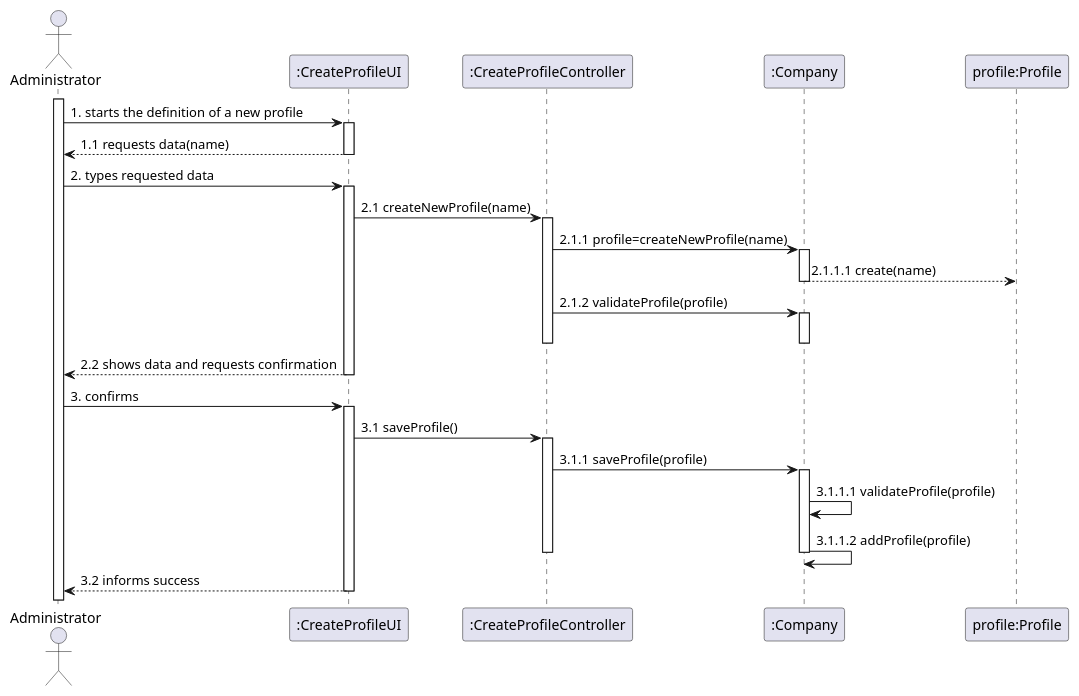
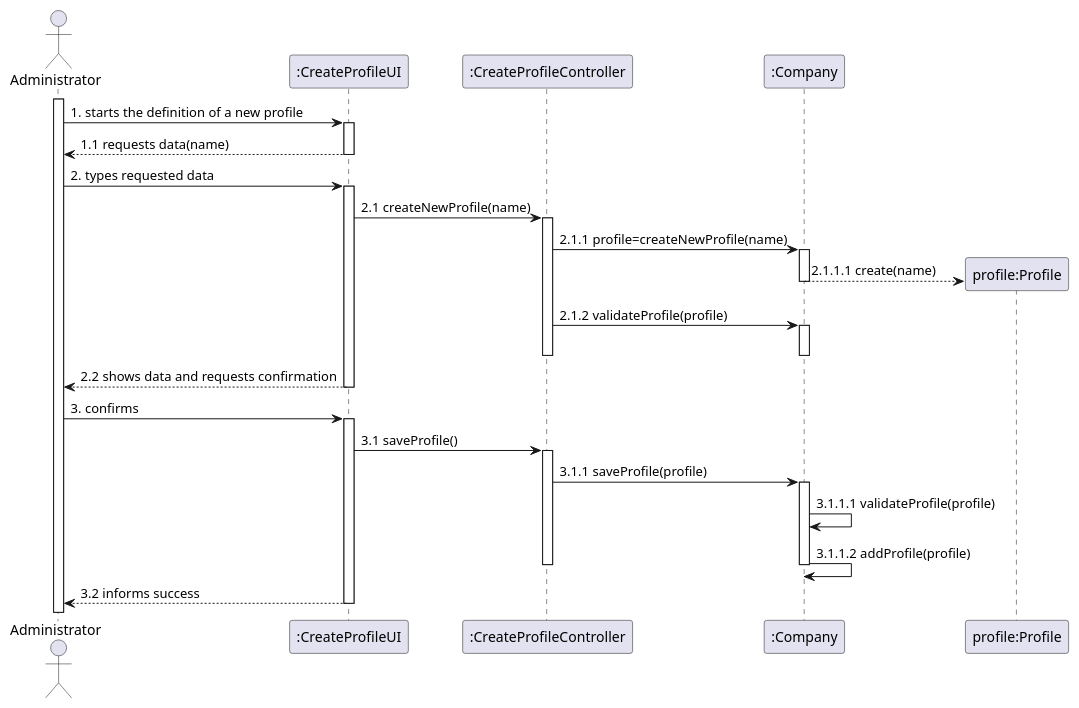
One commit to Loracline/project_switch_22-23 changed the diagram in docs/modelling_design/user_stories/us001/US001_Sequence_Diagram.puml. Above: the diagram before and after it, drawn with PlantUML.

Commit message:
US001: Design: Refinement of system sequence diagram for US001.

```diff
--- a/docs/modelling_design/user_stories/us001/US001_Sequence_Diagram.puml
+++ b/docs/modelling_design/user_stories/us001/US001_Sequence_Diagram.puml
@@ -1,58 +1,58 @@
 @startuml
 
 actor Administrator
 participant ":CreateProfileUI" as cpu
 participant ":CreateProfileController" as cpc
 participant ":Company" as Company
 participant "profile:Profile" as Profile
-
 activate Administrator
 Administrator -> cpu: 1. starts the definition of a new profile
 activate cpu
 cpu --> Administrator: 1.1 requests data(name)
 deactivate cpu
 Administrator -> cpu: 2. types requested data
 activate cpu
 cpu -> cpc: 2.1 createNewProfile(name)
 activate cpc
 cpc -> Company: 2.1.1 profile=createNewProfile(name)
 activate Company
+create Profile
 Company --> Profile: 2.1.1.1 create(name)
 deactivate Company
 cpc -> Company: 2.1.2 validateProfile(profile)
 activate Company
 deactivate cpc
 deactivate Company
 cpu --> Administrator: 2.2 shows data and requests confirmation
 
 deactivate cpu
 Administrator -> cpu: 3. confirms
 activate cpu
 cpu -> cpc: 3.1 saveProfile()
 activate cpc
 cpc -> Company: 3.1.1 saveProfile(profile)
 activate Company
 Company -> Company: 3.1.1.1 validateProfile(profile)
 Company -> Company: 3.1.1.2 addProfile(profile)
 deactivate Company
 deactivate cpc
 cpu --> Administrator: 3.2 informs success
 deactivate cpu
 
 
 /'
 actor Administrator as Admin
 participant ":Controller" as Cont
 participant ":Company" as Comp
 participant "prof:Profile" as Prof
 
 activate Cont
 Admin -> Cont: 1. createNewProfile(profileName)
 Cont -> Comp: 1.1 prof = createProfile(profileName)
 activate Comp
 create Prof
 Comp --> Prof: 1.1.1 createProfile(profileName)
 Comp -> Comp: 1.1.2 validateProfile(profileName)
 Comp -> Comp: 1.1.3 addProfile(profileName)
 '/
 @enduml
```
